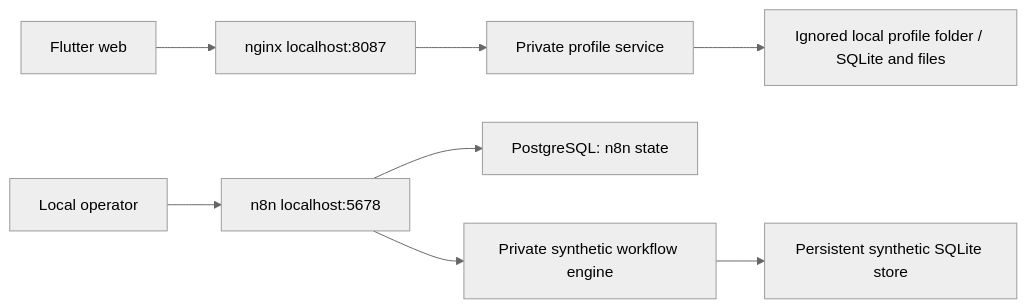
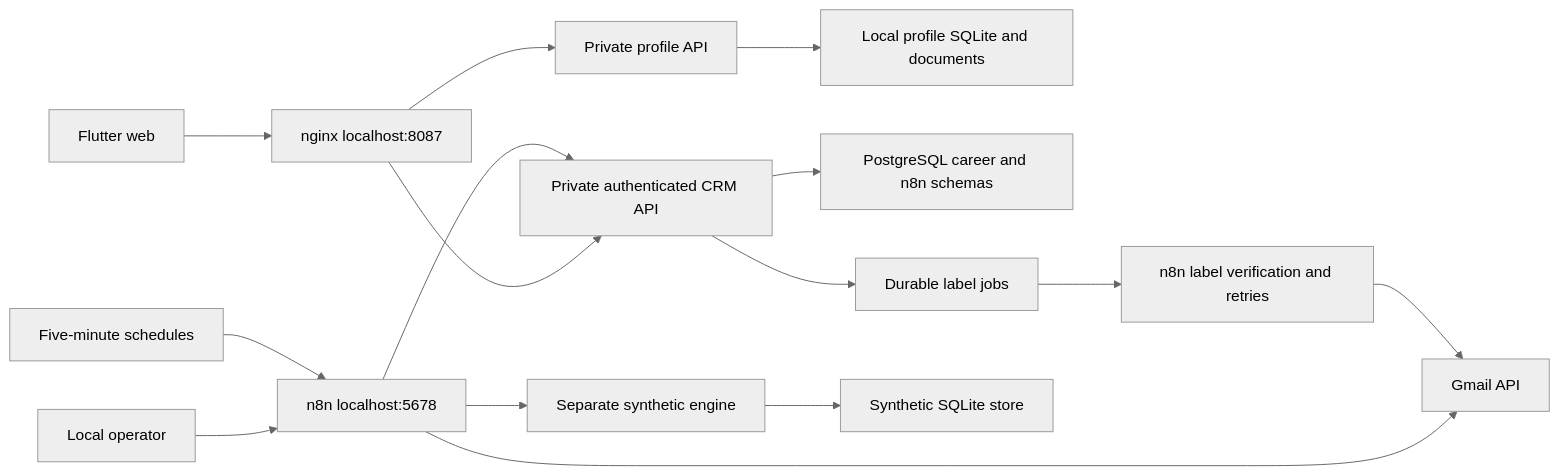
One commit to JaiReyes45/AI-Automation-BasicProjects changed the diagram in projects/07-automated-career-opportunity-manager/diagrams/architecture.md. Above: the diagram before and after it, drawn with Mermaid (neutral theme). The commit also changed other lines of this file and 48 other files, not shown here.

Commit message:
Complete CareerFlow local CRM automation and hand-off release

````diff
--- a/projects/07-automated-career-opportunity-manager/diagrams/architecture.md
+++ b/projects/07-automated-career-opportunity-manager/diagrams/architecture.md
@@ -3,10 +3,17 @@
 ```mermaid
 flowchart LR
   Browser[Flutter web] --> Web[nginx localhost:8087]
-  Web --> Profile[Private profile service]
-  Profile --> Folder[Ignored local profile folder / SQLite and files]
-  User[Local operator] --> N8N[n8n localhost:5678]
-  N8N --> Postgres[PostgreSQL: n8n state]
-  N8N --> Engine[Private synthetic workflow engine]
-  Engine --> SQLite[Persistent synthetic SQLite store]
+  Web --> CRM[Private authenticated CRM API]
+  Web --> Profile[Private profile API]
+  Profile --> Folder[Local profile SQLite and documents]
+  CRM --> Postgres[PostgreSQL career and n8n schemas]
+  Operator[Local operator] --> N8N[n8n localhost:5678]
+  Schedule[Five-minute schedules] --> N8N
+  N8N --> Gmail[Gmail API]
+  N8N --> CRM
+  CRM --> Outbox[Durable label jobs]
+  Outbox --> Reconcile[n8n label verification and retries]
+  Reconcile --> Gmail
+  N8N --> Engine[Separate synthetic engine]
+  Engine --> SQLite[Synthetic SQLite store]
 ```
````
